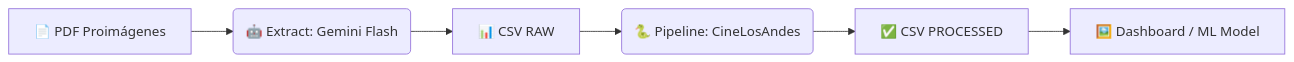
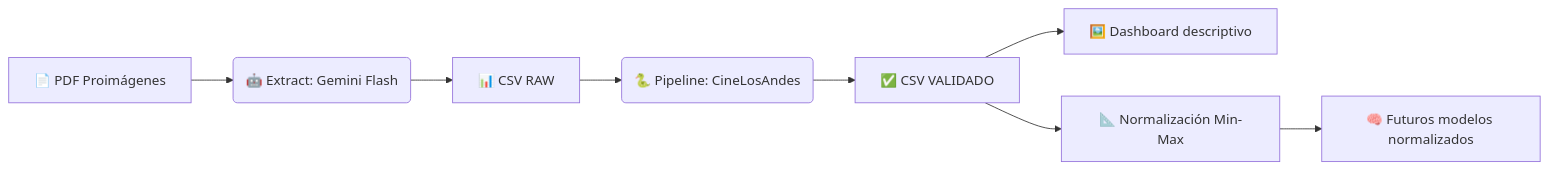
One commit to lau2413/Trabajo_Final_Data_Office changed the diagram in documentacion/Segunda entrega parcial/gobierno_de_datos.md. Above: the diagram before and after it, drawn with Mermaid. The commit also changed other lines of this file and 10 other files, not shown here.

````diff
--- a/documentacion/Segunda entrega parcial/gobierno_de_datos.md
+++ b/documentacion/Segunda entrega parcial/gobierno_de_datos.md
@@ -307,9 +310,11 @@
 ```mermaid
 graph LR
     A[📄 PDF Proimágenes] --> B(🤖 Extract: Gemini Flash)
     B --> C[📊 CSV RAW]
     C --> D(🐍 Pipeline: CineLosAndes)
-    D --> E[✅ CSV PROCESSED]
-    E --> F[🖼️ Dashboard / ML Model]
+    D --> E[✅ CSV VALIDADO]
+    E --> F[🖼️ Dashboard descriptivo]
+    E --> G[📐 Normalización Min-Max]
+    G --> H[🧠 Futuros modelos normalizados]
 
 ```
````
